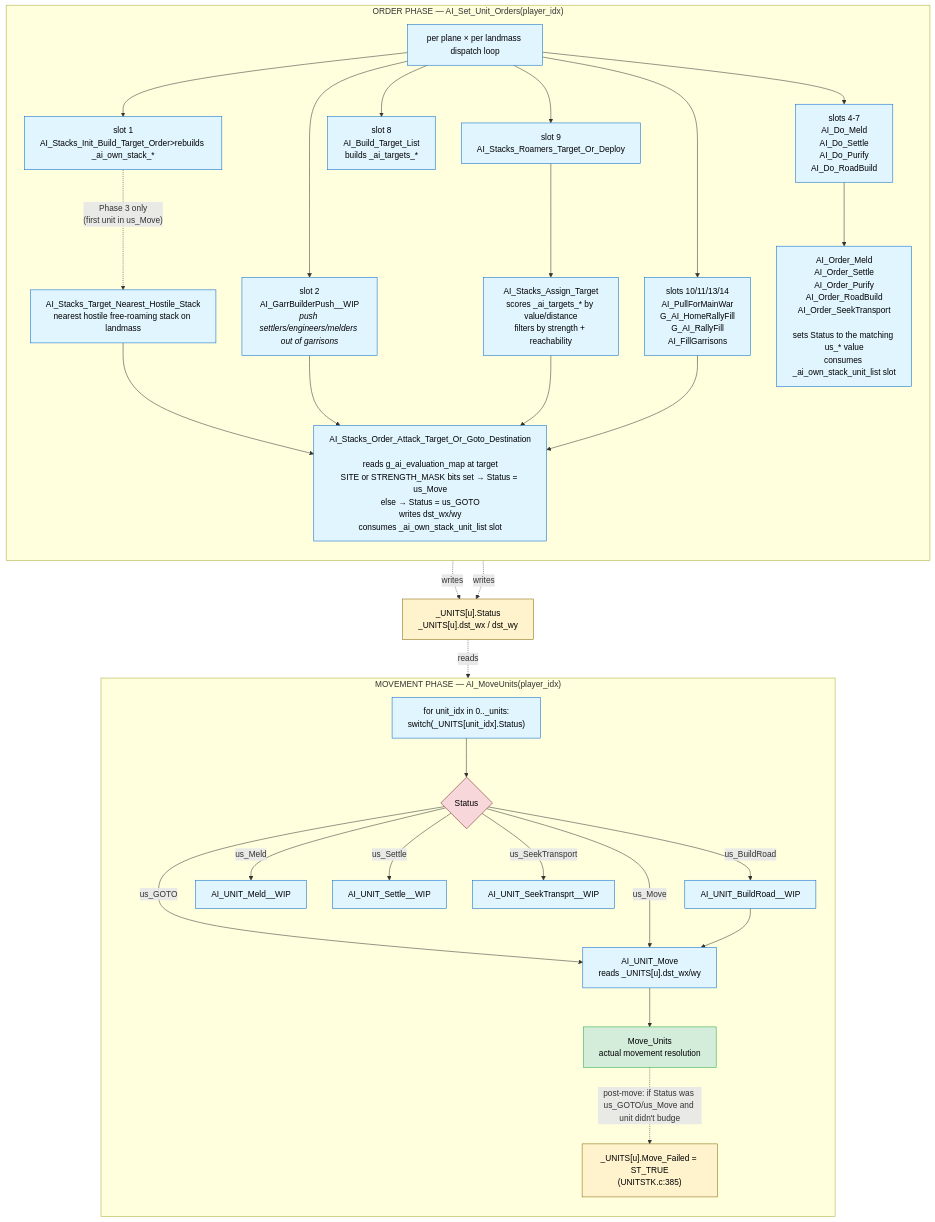
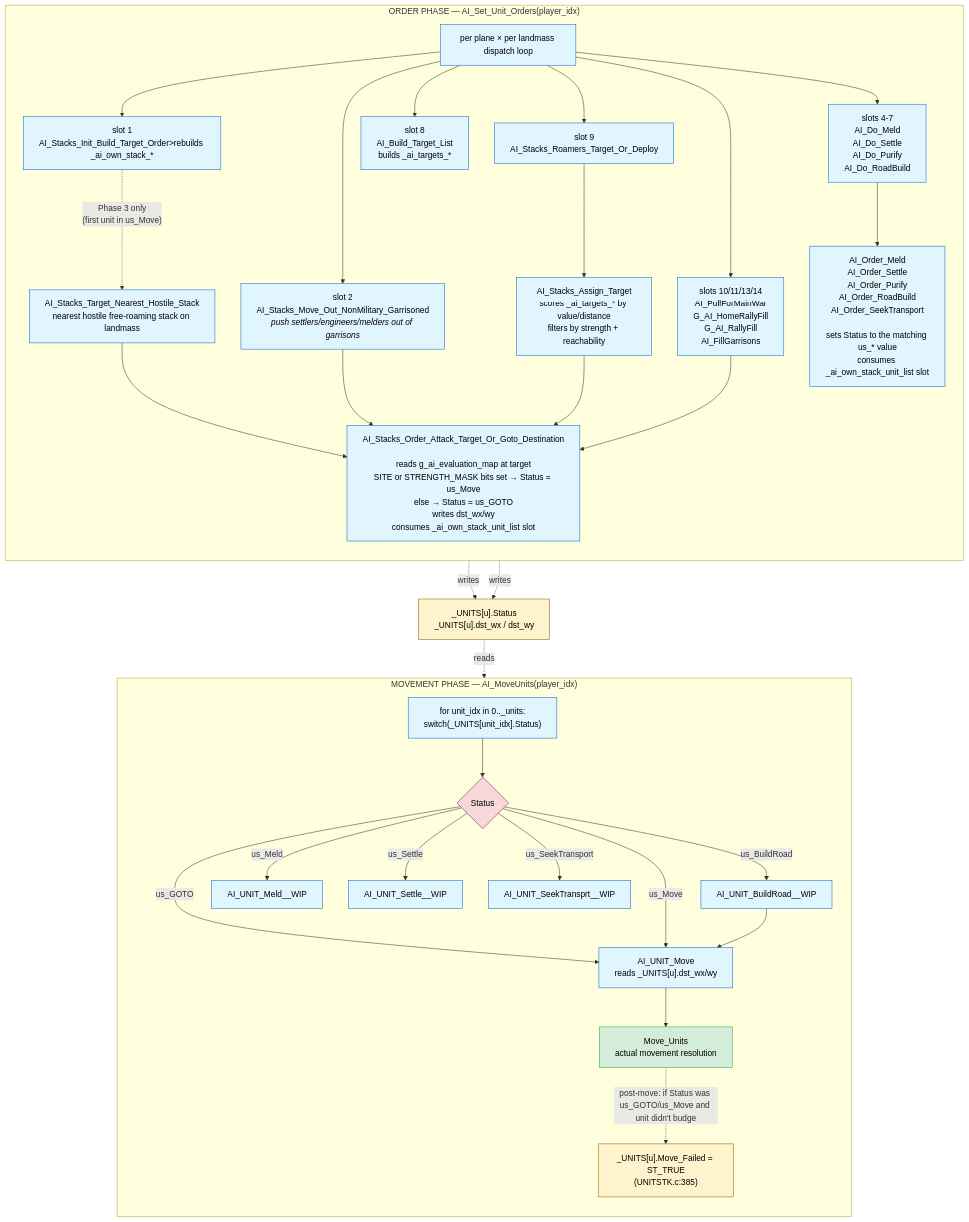
One commit to jbalcomb/ReMoM changed the second of 3 diagrams in doc/ComputerPlayer/AI-Turn-Diagrams.md. Above: the diagram before and after it, drawn with Mermaid. The commit also changed 14 other files, not shown here.

Commit message:
done-done AI_Stacks_Move_Out_NonMilitary_Garrisoned()

````diff
--- a/doc/ComputerPlayer/AI-Turn-Diagrams.md
+++ b/doc/ComputerPlayer/AI-Turn-Diagrams.md
@@ -39,56 +39,56 @@
 ```mermaid
 flowchart TD
     classDef phase fill:#f5f5f5,stroke:#666,stroke-width:2px,color:#000
     classDef func fill:#e1f5ff,stroke:#0066cc,color:#000
     classDef state fill:#fff3cd,stroke:#856404,color:#000
     classDef terminal fill:#d4edda,stroke:#28a745,color:#000
     classDef gate fill:#f8d7da,stroke:#721c24,color:#000
 
     subgraph PhaseOrders["ORDER PHASE — AI_Set_Unit_Orders(player_idx)"]
         direction TB
         Dispatch["per plane × per landmass dispatch loop"]:::func
 
         Dispatch --> Slot1["slot 1<br/>AI_Stacks_Init_Build_Target_Order>rebuilds _ai_own_stack_*</i>"]:::func
-        Dispatch --> Slot2["slot 2<br/>AI_GarrBuilderPush__WIP<br/><i>push settlers/engineers/melders out of garrisons</i>"]:::func
+        Dispatch --> Slot2["slot 2<br/>AI_Stacks_Move_Out_NonMilitary_Garrisoned<br/><i>push settlers/engineers/melders out of garrisons</i>"]:::func
         Dispatch --> Slots4_7["slots 4-7<br/>AI_Do_Meld<br/>AI_Do_Settle<br/>AI_Do_Purify<br/>AI_Do_RoadBuild"]:::func
         Dispatch --> Slot8["slot 8<br/>AI_Build_Target_List<br/>builds _ai_targets_*"]:::func
         Dispatch --> Slot9["slot 9<br/>AI_Stacks_Roamers_Target_Or_Deploy"]:::func
         Dispatch --> SlotsRally["slots 10/11/13/14<br/>AI_PullForMainWar<br/>G_AI_HomeRallyFill<br/>G_AI_RallyFill<br/>AI_FillGarrisons"]:::func
 
         Slot1 -. "Phase 3 only<br/>(first unit in us_Move)" .-> FindNearest["AI_Stacks_Target_Nearest_Hostile_Stack<br/>nearest hostile free-roaming stack on landmass"]:::func
         FindNearest --> SetTgt
 
         Slot2 --> SetTgt
         Slot9 --> AssignTgt["AI_Stacks_Assign_Target<br/>scores _ai_targets_* by value/distance<br/>filters by strength + reachability"]:::func
         AssignTgt --> SetTgt
         SlotsRally --> SetTgt
 
         SetTgt["AI_Stacks_Order_Attack_Target_Or_Goto_Destination<br/><br/>reads g_ai_evaluation_map at target<br/>SITE or STRENGTH_MASK bits set → Status = us_Move<br/>else → Status = us_GOTO<br/>writes dst_wx/wy<br/>consumes _ai_own_stack_unit_list slot"]:::func
 
         Slots4_7 --> OrderXxx["AI_Order_Meld<br/>AI_Order_Settle<br/>AI_Order_Purify<br/>AI_Order_RoadBuild<br/>AI_Order_SeekTransport<br/><br/>sets Status to the matching us_* value<br/>consumes _ai_own_stack_unit_list slot"]:::func
     end
 
     SetTgt -. "writes" .-> UnitFields
     OrderXxx -. "writes" .-> UnitFields
 
     UnitFields["_UNITS[u].Status<br/>_UNITS[u].dst_wx / dst_wy"]:::state
 
     subgraph PhaseMove["MOVEMENT PHASE — AI_MoveUnits(player_idx)"]
         direction TB
         MoveLoop["for unit_idx in 0.._units:<br/>switch(_UNITS[unit_idx].Status)"]:::func
         MoveLoop --> StatusGate{Status}:::gate
         StatusGate -- "us_GOTO" --> UnitMove
         StatusGate -- "us_Move" --> UnitMove
         StatusGate -- "us_BuildRoad" --> BuildRoad["AI_UNIT_BuildRoad__WIP"]:::func
         BuildRoad --> UnitMove
         StatusGate -- "us_Meld" --> UnitMeld["AI_UNIT_Meld__WIP"]:::func
         StatusGate -- "us_Settle" --> UnitSettle["AI_UNIT_Settle__WIP"]:::func
         StatusGate -- "us_SeekTransport" --> UnitSeek["AI_UNIT_SeekTransprt__WIP"]:::func
 
         UnitMove["AI_UNIT_Move<br/>reads _UNITS[u].dst_wx/wy"]:::func --> MoveUnits["Move_Units<br/>actual movement resolution"]:::terminal
 
         MoveUnits -. "post-move: if Status was us_GOTO/us_Move and unit didn't budge" .-> MoveFailed["_UNITS[u].Move_Failed = ST_TRUE<br/>(UNITSTK.c:385)"]:::state
     end
 
     UnitFields -. "reads" .-> MoveLoop
 ```
````
